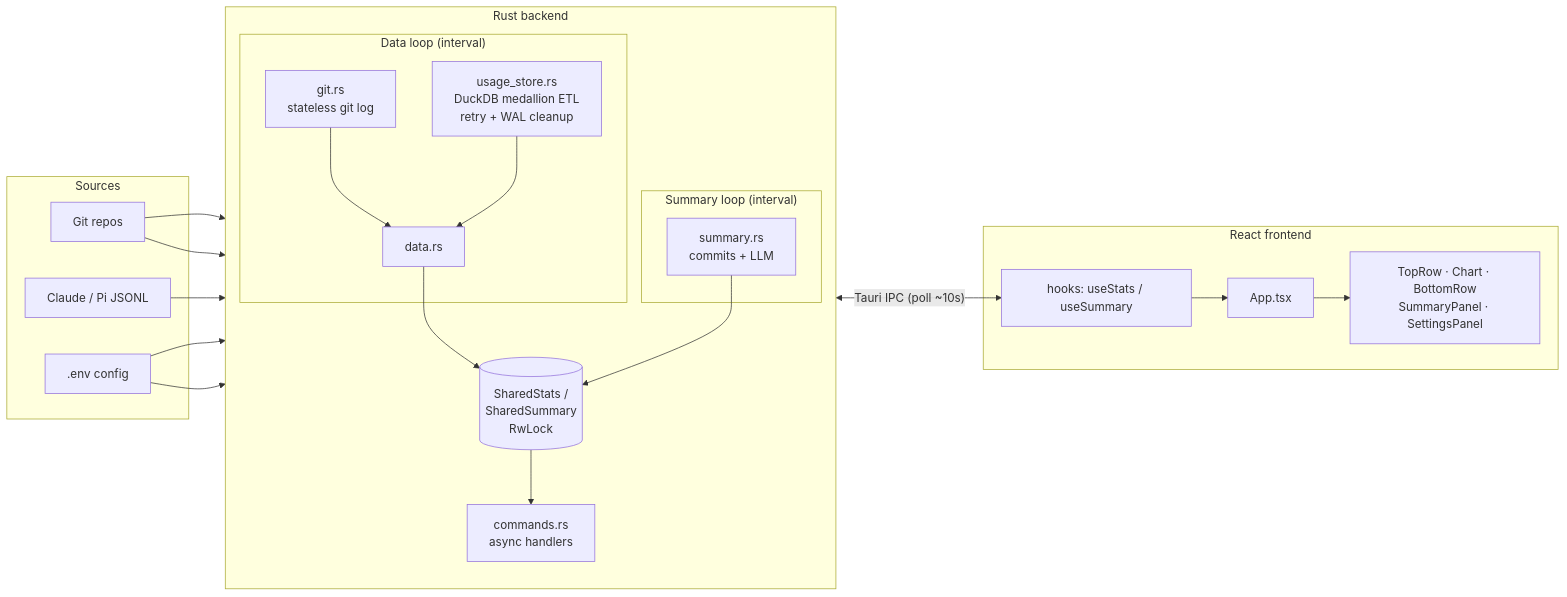
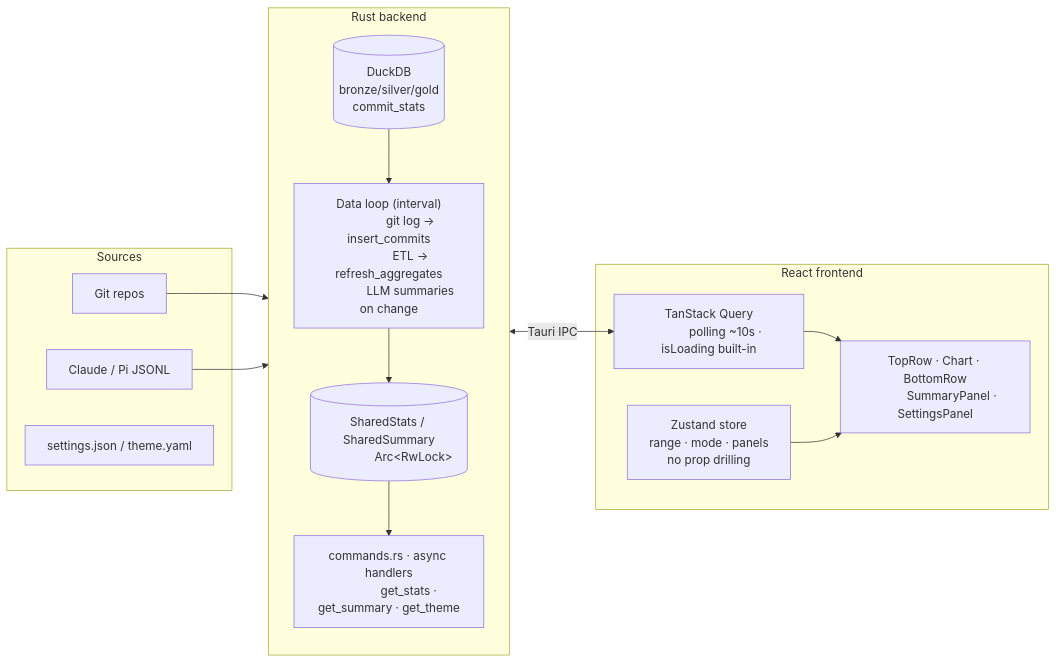
Before and after one commit to evanokeefe39/loc-dock: the diagram in README.md, drawn with Mermaid. The commit also changed other lines of this file and 2 other files, not shown here.

Commit message:
docs: add DATA_FLOWS.md with 5 end-to-end pipeline diagrams; update README/AGENTS to reflect current architecture

````diff
--- a/README.md
+++ b/README.md
@@ -132,39 +139,41 @@
 ```mermaid
 flowchart LR
     subgraph Sources
         GIT[Git repos]
         JSONL[Claude / Pi JSONL]
-        ENV[.env config]
+        CONFIG[settings.json / theme.yaml]
     end
 
     subgraph "Rust backend"
         direction TB
-        subgraph "Data loop (interval)"
-            git[git.rs<br/>stateless git log]
-            usage[usage_store.rs<br/>DuckDB medallion ETL<br/>retry + WAL cleanup]
-            data[data.rs]
-        end
-        subgraph "Summary loop (interval)"
-            summary[summary.rs<br/>commits + LLM]
-        end
-        STATE[(SharedStats /<br/>SharedSummary<br/>RwLock)]
-        commands[commands.rs<br/>async handlers]
+        DUCKDB[(DuckDB
+                bronze/silver/gold
+                commit_stats)]
+        LOOP["Data loop (interval)
+              git log → insert_commits
+              ETL → refresh_aggregates
+              LLM summaries on change"]
+        STATE[(SharedStats / SharedSummary
+               Arc&lt;RwLock&gt;)]
+        CMDS[commands.rs · async handlers
+             get_stats · get_summary · get_theme]
     end
 
     subgraph "React frontend"
-        hooks[hooks: useStats / useSummary]
-        App[App.tsx]
-        ui[TopRow · Chart · BottomRow<br/>SummaryPanel · SettingsPanel]
+        TQ[TanStack Query
+           polling ~10s · isLoading built-in]
+        ZS[Zustand store
+           range · mode · panels
+           no prop drilling]
+        UI[TopRow · Chart · BottomRow
+           SummaryPanel · SettingsPanel]
     end
 
-    GIT --> git --> data
-    JSONL --> usage --> data
-    ENV --> data & summary
-    GIT --> summary
-
-    data --> STATE
-    summary --> STATE
-    STATE --> commands
-    commands <-- "Tauri IPC (poll ~10s)" --> hooks
-    hooks --> App --> ui
+    GIT --> LOOP
+    JSONL --> DUCKDB --> LOOP
+    LOOP --> STATE
+    STATE --> CMDS
+    CMDS <-- "Tauri IPC" --> TQ
+    TQ --> UI
+    ZS --> UI
 ```
````
